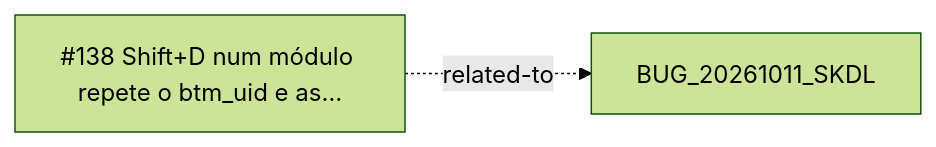
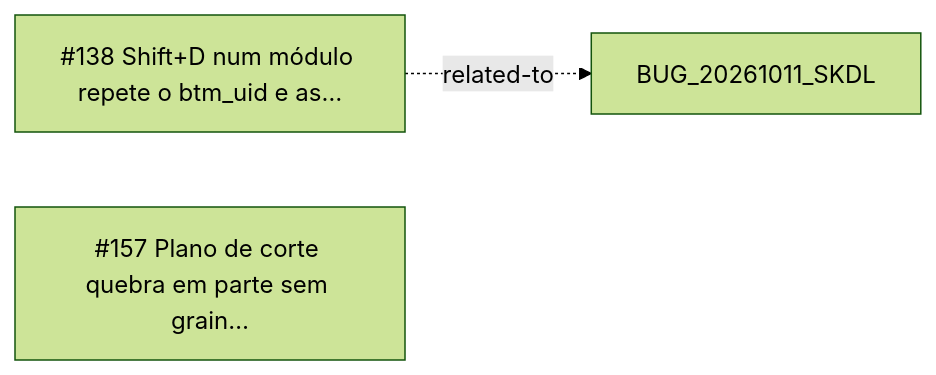
Before and after one commit to CAFFDIGITALPLATFORM/caffmob_draw: the diagram in _reversa_bugs/cutting/generated/graph.md, drawn with Mermaid (forest theme). The commit also changed other lines of this file and 218 other files, not shown here.

First line of the commit message:
feat(021): plano de corte em camadas, correções da suíte e reversa-debugger

````diff
--- a/_reversa_bugs/cutting/generated/graph.md
+++ b/_reversa_bugs/cutting/generated/graph.md
@@ -5,5 +5,6 @@
 ```mermaid
 graph LR
   BUG_20261012_YUDY["#138 Shift+D num módulo repete o btm_uid e as…"]
+  BUG_20261124_3Q9X["#157 Plano de corte quebra em parte sem grain…"]
   BUG_20261012_YUDY -.->|related-to| BUG_20261011_SKDL
 ```
````
